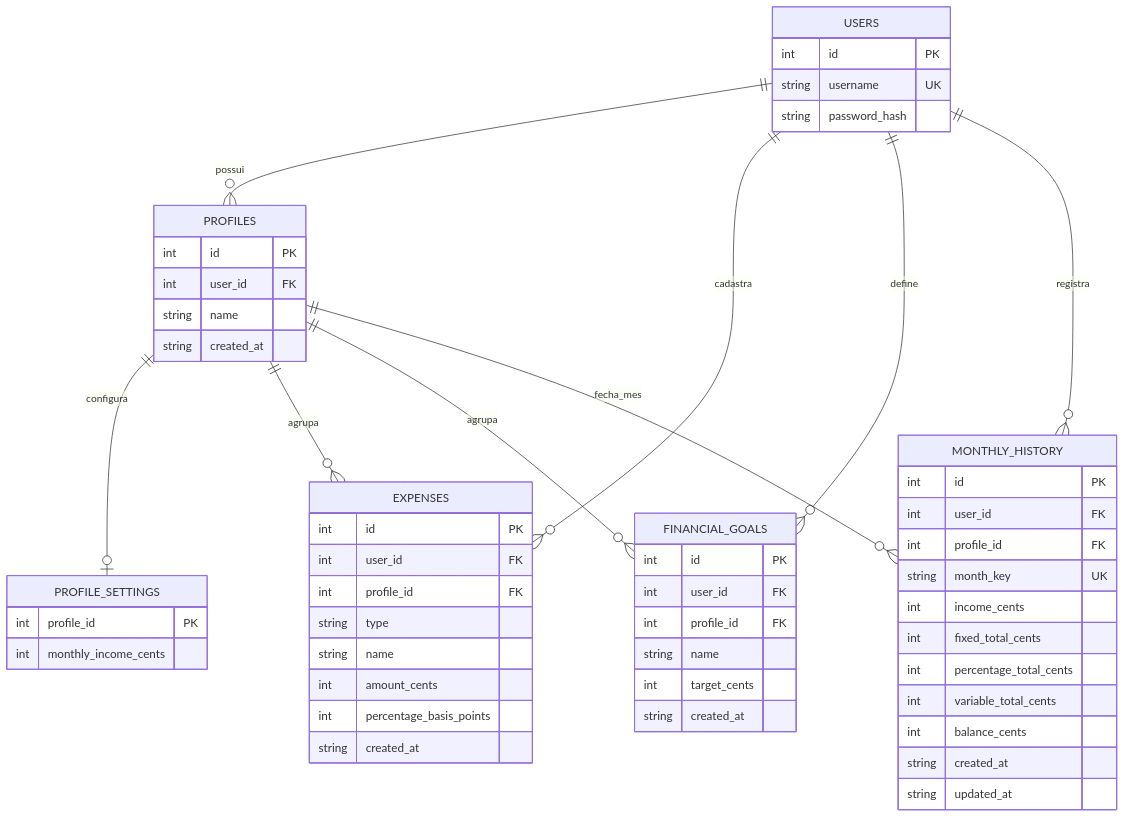
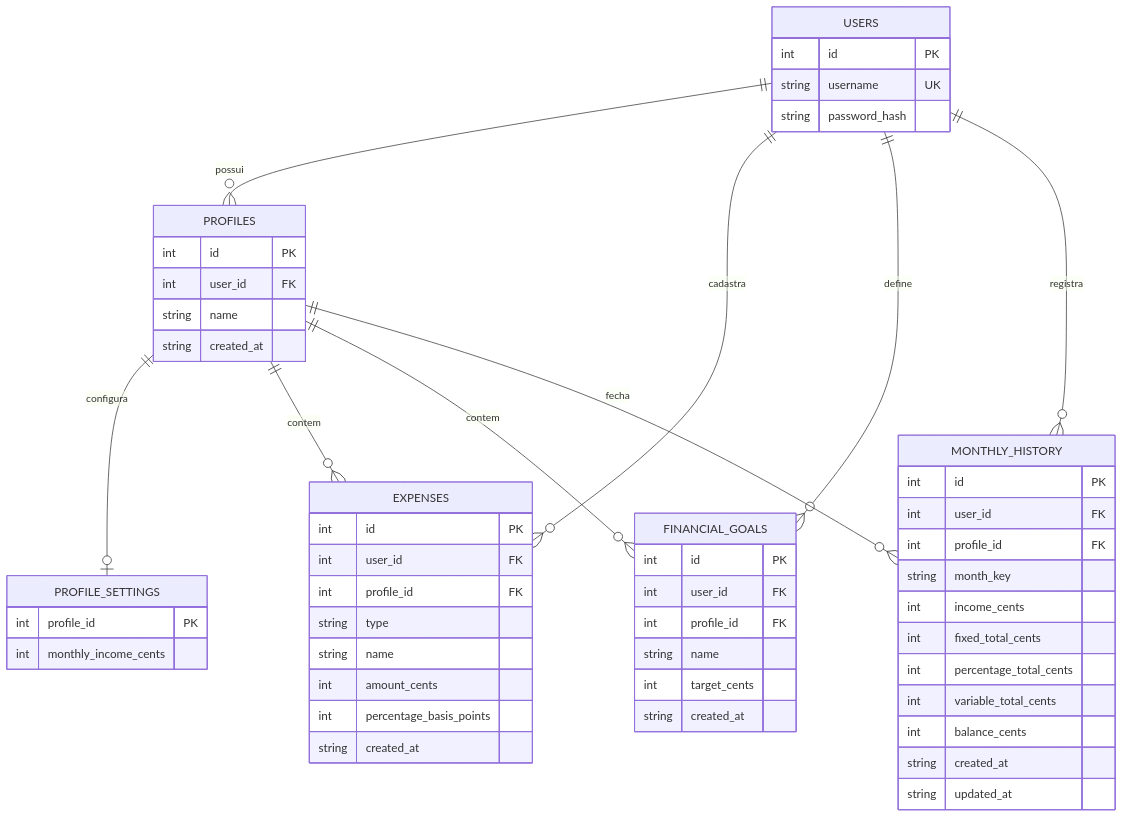
The diagram in requisitos.md (Aliceria/financemanager), drawn with Mermaid before and after one commit. The commit also changed other lines of this file and 1 other file, not shown here.

Commit message:
adicionar diagrama er completo e atualizar requisitos

````diff
--- a/requisitos.md
+++ b/requisitos.md
@@ -279,63 +283,63 @@
 ```mermaid
 erDiagram
     USERS {
         int id PK
         string username UK
         string password_hash
     }
 
     PROFILES {
         int id PK
         int user_id FK
         string name
         string created_at
     }
 
     PROFILE_SETTINGS {
         int profile_id PK
         int monthly_income_cents
     }
 
     EXPENSES {
         int id PK
         int user_id FK
         int profile_id FK
         string type
         string name
         int amount_cents
         int percentage_basis_points
         string created_at
     }
 
     FINANCIAL_GOALS {
         int id PK
         int user_id FK
         int profile_id FK
         string name
         int target_cents
         string created_at
     }
 
     MONTHLY_HISTORY {
         int id PK
         int user_id FK
         int profile_id FK
-        string month_key UK
+        string month_key
         int income_cents
         int fixed_total_cents
         int percentage_total_cents
         int variable_total_cents
         int balance_cents
         string created_at
         string updated_at
     }
 
     USERS ||--o{ PROFILES : possui
     PROFILES ||--o| PROFILE_SETTINGS : configura
     USERS ||--o{ EXPENSES : cadastra
-    PROFILES ||--o{ EXPENSES : agrupa
+    PROFILES ||--o{ EXPENSES : contem
     USERS ||--o{ FINANCIAL_GOALS : define
-    PROFILES ||--o{ FINANCIAL_GOALS : agrupa
+    PROFILES ||--o{ FINANCIAL_GOALS : contem
     USERS ||--o{ MONTHLY_HISTORY : registra
-    PROFILES ||--o{ MONTHLY_HISTORY : fecha_mes
+    PROFILES ||--o{ MONTHLY_HISTORY : fecha
 ```
````
